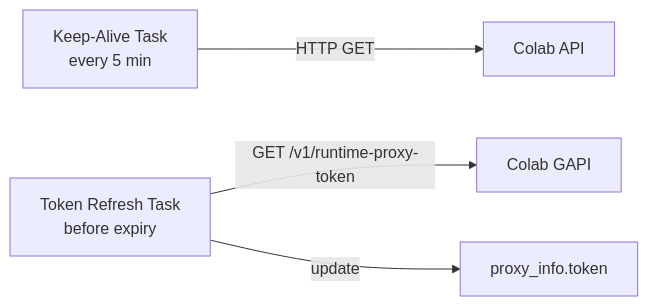
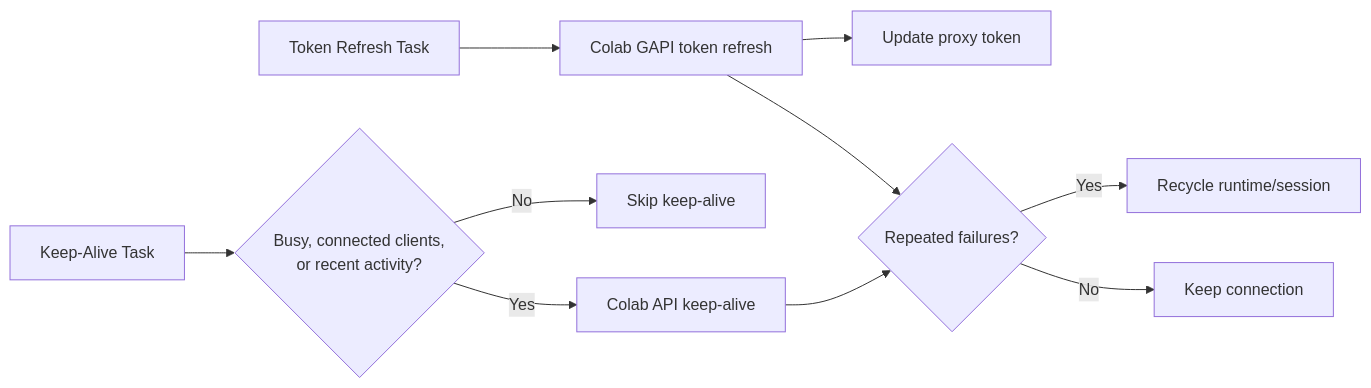
Before and after one commit to sgaseretto/solveish: the tenth of 12 diagrams in docs/how_it_works/12_colab_kernel.md, drawn with Mermaid. The commit also changed other lines of this file and 29 other files, not shown here.

````diff
--- a/docs/how_it_works/12_colab_kernel.md
+++ b/docs/how_it_works/12_colab_kernel.md
@@ -445,6 +521,12 @@
 ```mermaid
 graph LR
-    KA[Keep-Alive Task<br/>every 5 min] -->|"HTTP GET"| CA[Colab API]
-    TR[Token Refresh Task<br/>before expiry] -->|"GET /v1/runtime-proxy-token"| GP[Colab GAPI]
-    TR -->|"update"| PI[proxy_info.token]
+    KA["Keep-Alive Task"] --> G{"Busy, connected clients,<br/>or recent activity?"}
+    G -->|Yes| CA[Colab API keep-alive]
+    G -->|No| Skip[Skip keep-alive]
+    TR["Token Refresh Task"] --> GP[Colab GAPI token refresh]
+    GP --> PI[Update proxy token]
+    CA --> H{"Repeated failures?"}
+    GP --> H
+    H -->|Yes| RC[Recycle runtime/session]
+    H -->|No| OK[Keep connection]
 ```
````
